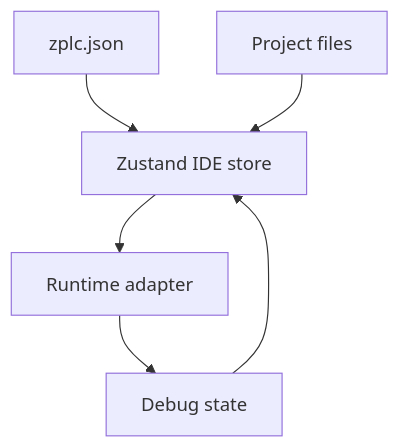
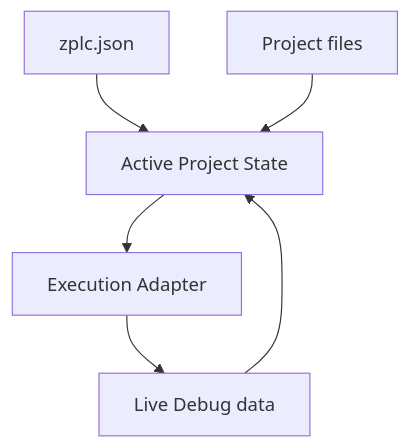
The diagram in docs/docs/ide/overview.md (eduardojvieira/ZPLC), drawn with Mermaid before and after one commit. The commit also changed other lines of this file and 55 other files, not shown here.

````diff
--- a/docs/docs/ide/overview.md
+++ b/docs/docs/ide/overview.md
@@ -18,14 +17,14 @@
 ```mermaid
 flowchart TD
   Config[zplc.json]
   Files[Project files]
-  Store[Zustand IDE store]
-  Runtime[Runtime adapter]
-  Debug[Debug state]
+  Store[Active Project State]
+  Runtime[Execution Adapter]
+  Debug[Live Debug data]
 
   Config --> Store
   Files --> Store
   Store --> Runtime
   Runtime --> Debug
   Debug --> Store
 ```
````
